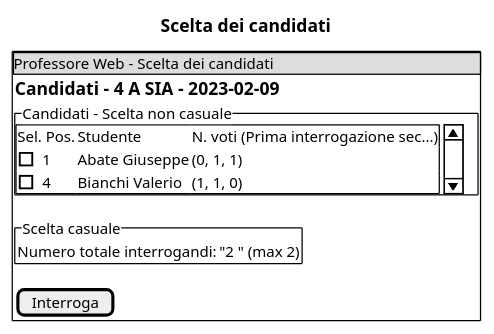
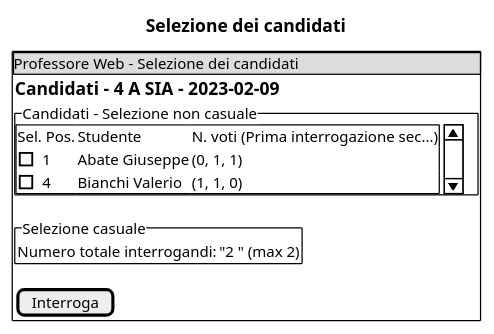
One commit to gionatamassibenincasa/materiale-didattico-per-argomento changed diagram 13 of 15 in analisi-e-progettazione-software/problemi/prove_orali/prove_orali.md. Above: the diagram before and after it, drawn with PlantUML. The commit also changed other lines of this file and 9 other files, not shown here.

Commit message:
Aggiornati diagrammi

````diff
--- a/analisi-e-progettazione-software/problemi/prove_orali/prove_orali.md
+++ b/analisi-e-progettazione-software/problemi/prove_orali/prove_orali.md
@@ -179,22 +427,20 @@
-```plantuml
 @startsalt
-title Scelta dei candidati
+title Selezione dei candidati
 {+
-{* Professore Web - Scelta dei candidati}
+{* Professore Web - Selezione dei candidati}
 {
 ==  Candidati - 4 A SIA - 2023-02-09
-{^"Candidati - Scelta non casuale"
+{^"Candidati - Selezione non casuale"
 {SI
     Sel. Pos. | Studente | N. voti (Prima interrogazione sec...)
     [] 1 | Abate Giuseppe   | (0, 1, 1)
     [] 4 | Bianchi Valerio  | (1, 1, 0)
 }
 }
-{^"Scelta casuale"
+{^"Selezione casuale"
   { Numero totale interrogandi: | "2 " (max 2) }
 }
 [Interroga]
 }
 }
 @endsalt
-```
````
